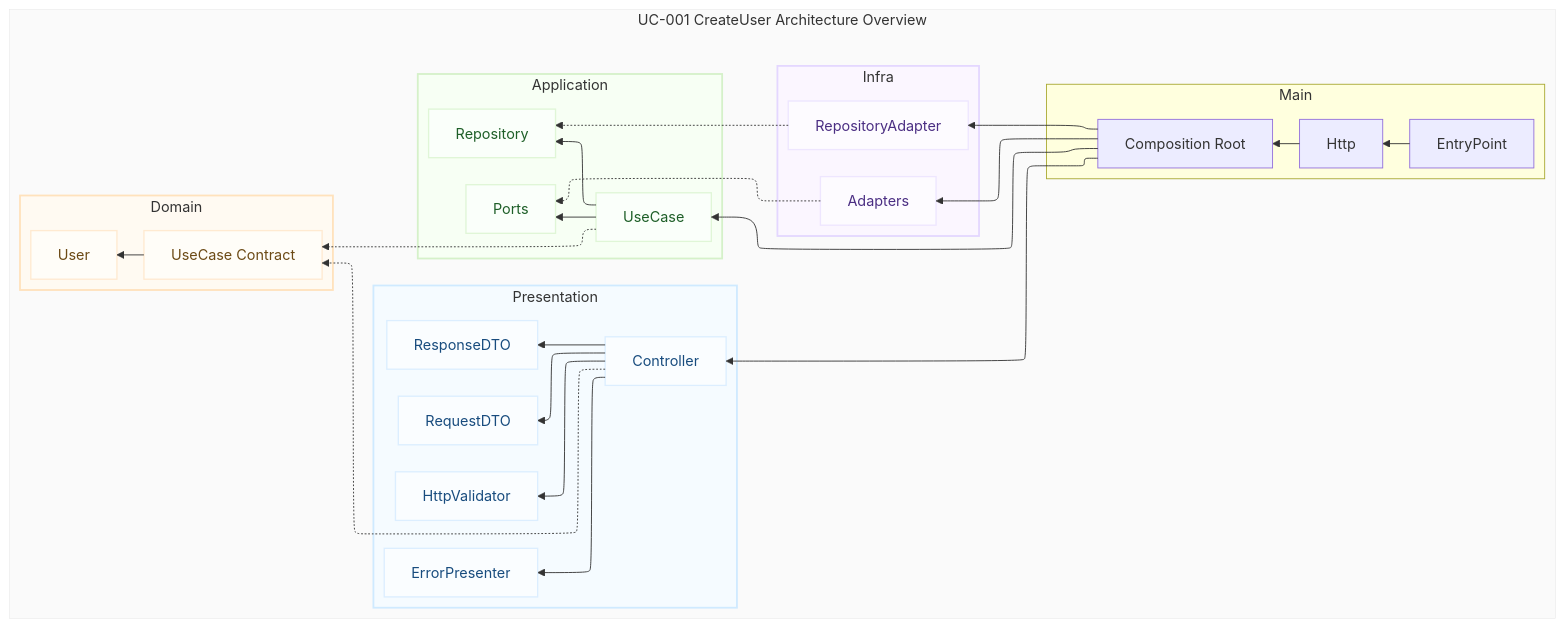
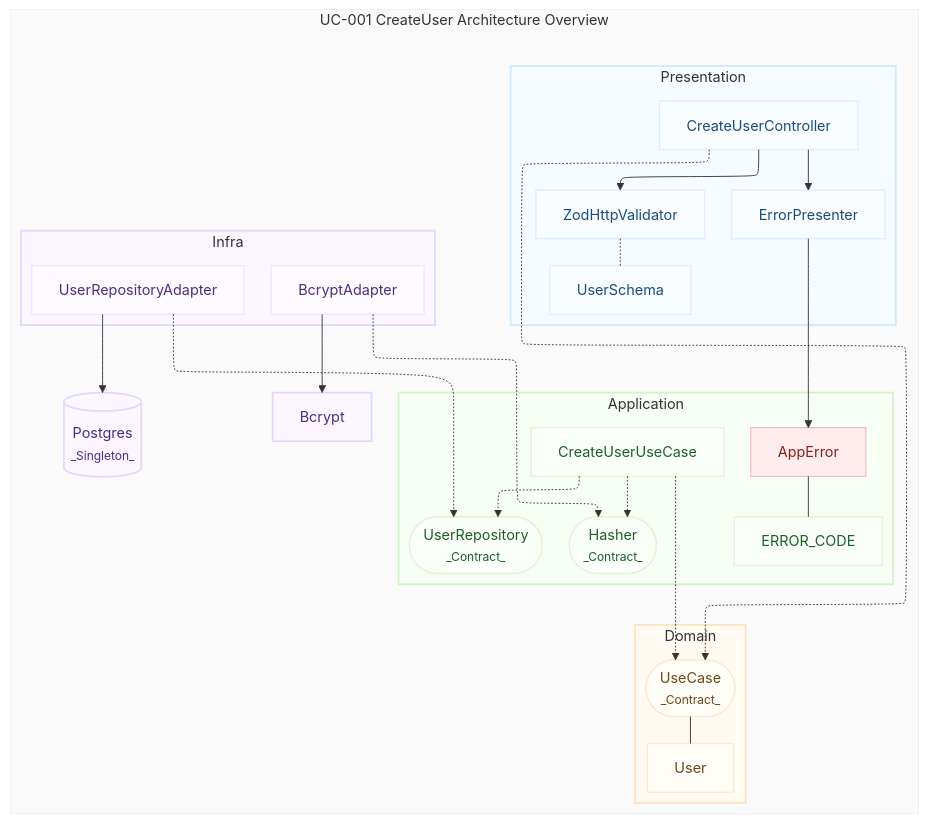
One commit to maurolps/ratemypet changed the diagram in docs/diagrams/backend/UC-001-create-user-architecture.md. Above: the diagram before and after it, drawn with Mermaid. The commit also changed other lines of this file and 1 other file, not shown here.

Commit message:
docs(diagram): add UC-001 diagram asset and update mermaid code

````diff
--- a/docs/diagrams/backend/UC-001-create-user-architecture.md
+++ b/docs/diagrams/backend/UC-001-create-user-architecture.md
@@ -5,63 +13,56 @@
 ---
 config:
   layout: elk
+  elk:
+    mergeEdges: false
+    nodePlacementStrategy: NETWORK_SIMPLEX
 ---
-
-flowchart RL
+flowchart TB
 
   subgraph Architecture[UC-001 CreateUser Architecture Overview]
-    %% Main
-    subgraph Main
-      Composition[Composition Root]
-      EntryPoint
-      Http
-    end
-          %% Main Relations
-          EntryPoint --> Http
-          Http --> Composition
-          Composition --> Controller
-          Composition --> UseCase
-          Composition --> Adapters
-          Composition --> RepositoryAdapter
 
     %% Presentation
     subgraph Presentation
-      Controller 
+      Controller[CreateUserController]
       ErrorPresenter
-      HttpValidator
-      RequestDTO   
-      ResponseDTO 
+      HttpValidator[ZodHttpValidator]
+      UserSchema:::presentation
     end
           %% Presentation Relations
           Controller -.-> CreateUser
-          Controller --> RequestDTO
-          Controller --> ResponseDTO
-          Controller --> HttpValidator
-          Controller --> ErrorPresenter    
+          Controller ---> HttpValidator
+          Controller --> ErrorPresenter
+          ErrorPresenter --> AppError
+          HttpValidator -.- UserSchema
 
     %% Infra
     subgraph Infra
-      Adapters
-      RepositoryAdapter
+      Adapters[BcryptAdapter]
+      UserRepositoryAdapter
     end
-
+          %% Infra Relations
+          Adapters --> Bcrypt
+          UserRepositoryAdapter --> DB[("Postgres<br><small>_Singleton_</small>")]
 
     %% Application
     subgraph Application
-      UseCase
-      Repository
-      Ports
+      CreateUserUseCase
+      Repository(["UserRepository<br><small>_Contract_</small>"])
+      Ports(["Hasher<br><small>_Contract_</small>"])
+      AppError
+      ErrorCode[ERROR_CODE]
     end
           %% Application Relations
-          UseCase --> Ports
-          UseCase --> Repository
-          UseCase -..-> CreateUser
+          CreateUserUseCase -.-> Ports
+          CreateUserUseCase -.-> Repository
+          CreateUserUseCase -.-> CreateUser
           Adapters -.-> Ports
-          RepositoryAdapter -.-> Repository
+          UserRepositoryAdapter -.-> Repository
+          AppError --- ErrorCode
           
     %% Domain
     subgraph Domain
-      CreateUser[UseCase Contract] --> User
+      CreateUser(["UseCase<br><small>_Contract_</small>"]) --- User
     end
 
   end
@@ -78,12 +79,14 @@
   classDef application  fill:#FAFFFA,stroke:#E0F6D7,stroke-width:1.5px,color:#1E5F28;
   classDef domain       fill:#FFFDF8,stroke:#FFEAD1,stroke-width:1.5px,color:#6C4A15;
   classDef infra        fill:#FDFBFF,stroke:#EEE6FF,stroke-width:1.5px,color:#4B2E83;
+  classDef external     fill:#FBF6FF,stroke:#E4D7FF,stroke-width:2px,color:#4B2E83;
+  classDef error        fill:#FFECEC,stroke:#F0AAAA,stroke-width:1px,color:#8C2020;
 
   %% Apply Classes
   class Controller,RequestDTO,ResponseDTO,HttpValidator,ErrorPresenter presentation;
-  class Adapters,RepositoryAdapter infra;
-  class UseCase,Ports,Repository application;
+  class Adapters,RepositoryAdapter,UserRepositoryAdapter infra;
+  class CreateUserUseCase,Ports,Repository,ErrorCode application;
   class CreateUser,User domain;
-
-
+  class Bcrypt,DB external;
+  class AppError error;
 ```
````
